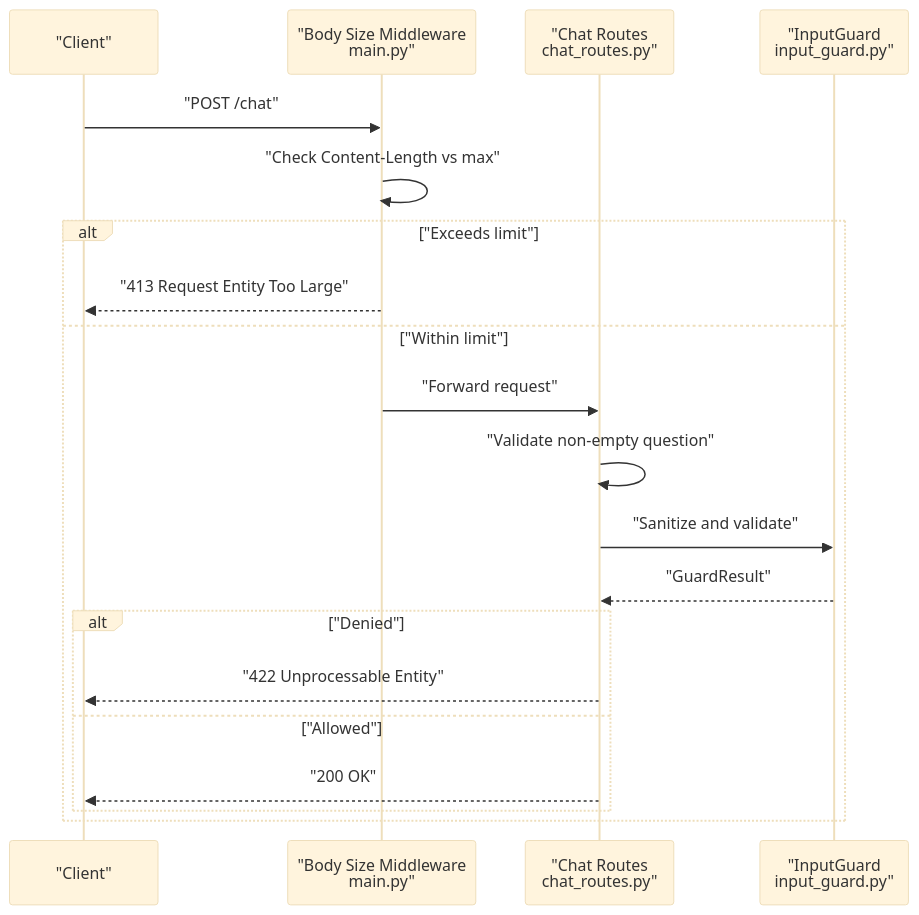
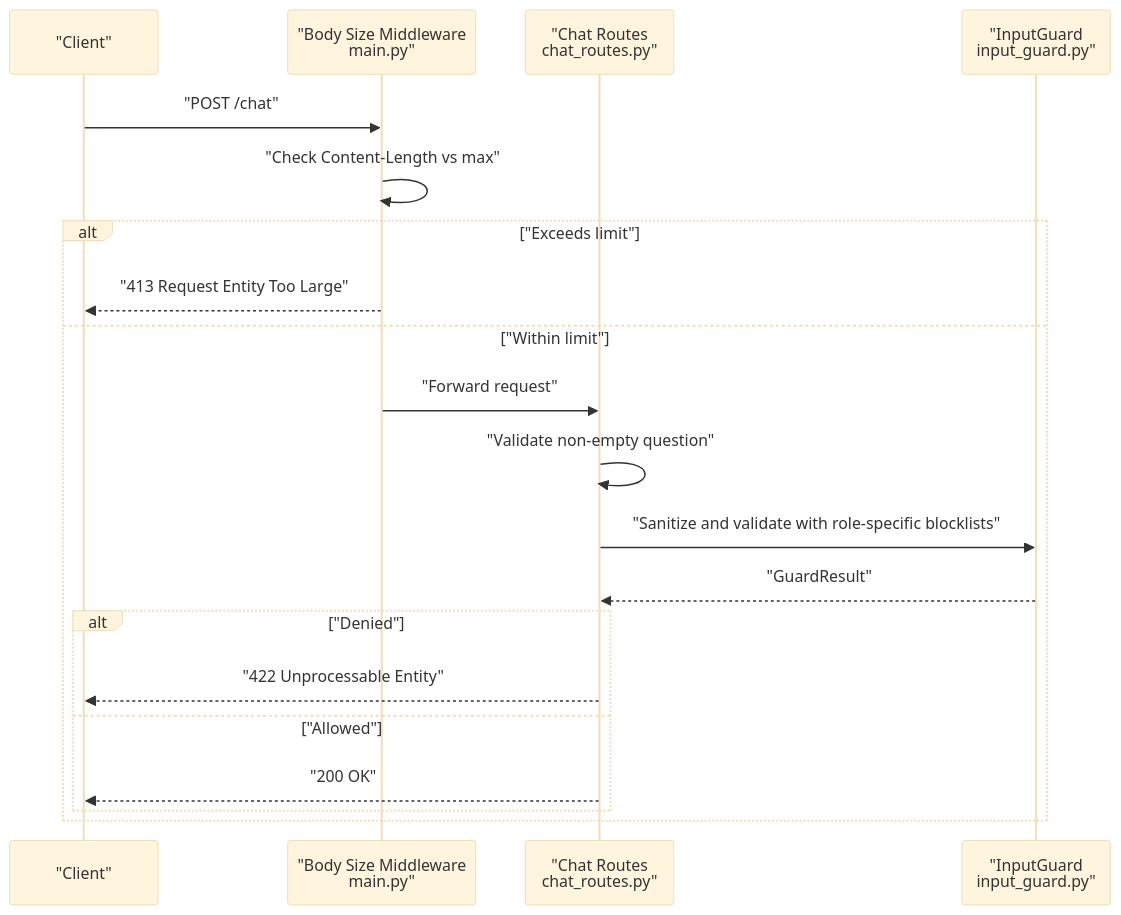
One commit to genes8/private-ai changed the seventh of 8 diagrams in .qoder/repowiki/en/content/Backend Development/Security and Middleware/Input Validation System.md. Above: the diagram before and after it, drawn with Mermaid (base theme). The commit also changed other lines of this file and 55 other files, not shown here.

````diff
--- a/.qoder/repowiki/en/content/Backend Development/Security and Middleware/Input Validation System.md
+++ b/.qoder/repowiki/en/content/Backend Development/Security and Middleware/Input Validation System.md
@@ -342,22 +364,22 @@
 ```mermaid
 sequenceDiagram
 participant Client as "Client"
 participant MW as "Body Size Middleware<br/>main.py"
 participant Routes as "Chat Routes<br/>chat_routes.py"
 participant Guard as "InputGuard<br/>input_guard.py"
 Client->>MW : "POST /chat"
 MW->>MW : "Check Content-Length vs max"
 alt "Exceeds limit"
 MW-->>Client : "413 Request Entity Too Large"
 else "Within limit"
 MW->>Routes : "Forward request"
 Routes->>Routes : "Validate non-empty question"
-Routes->>Guard : "Sanitize and validate"
+Routes->>Guard : "Sanitize and validate with role-specific blocklists"
 Guard-->>Routes : "GuardResult"
 alt "Denied"
 Routes-->>Client : "422 Unprocessable Entity"
 else "Allowed"
 Routes-->>Client : "200 OK"
 end
 end
 ```
````
